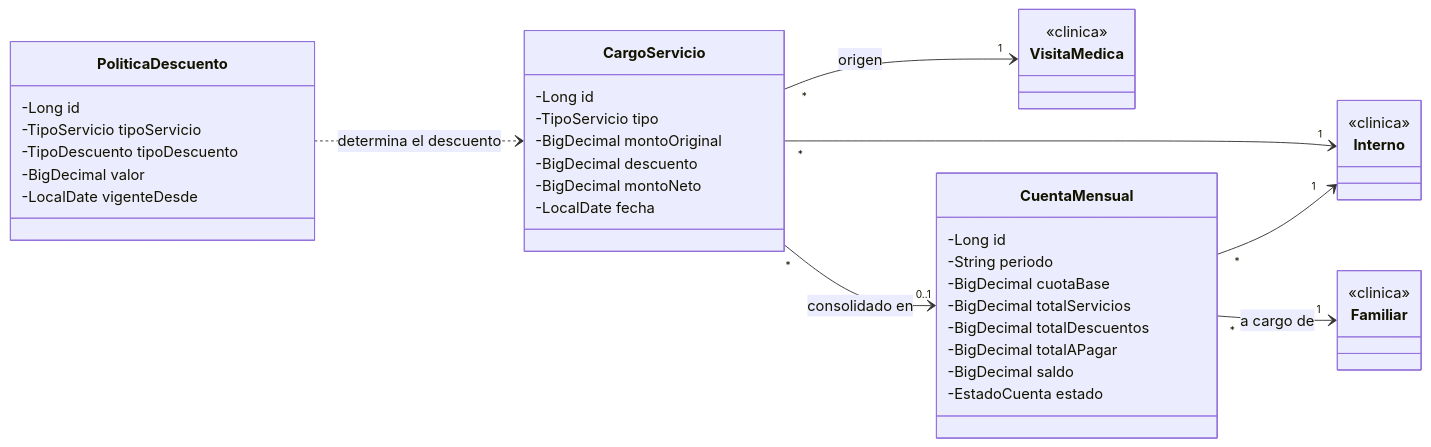
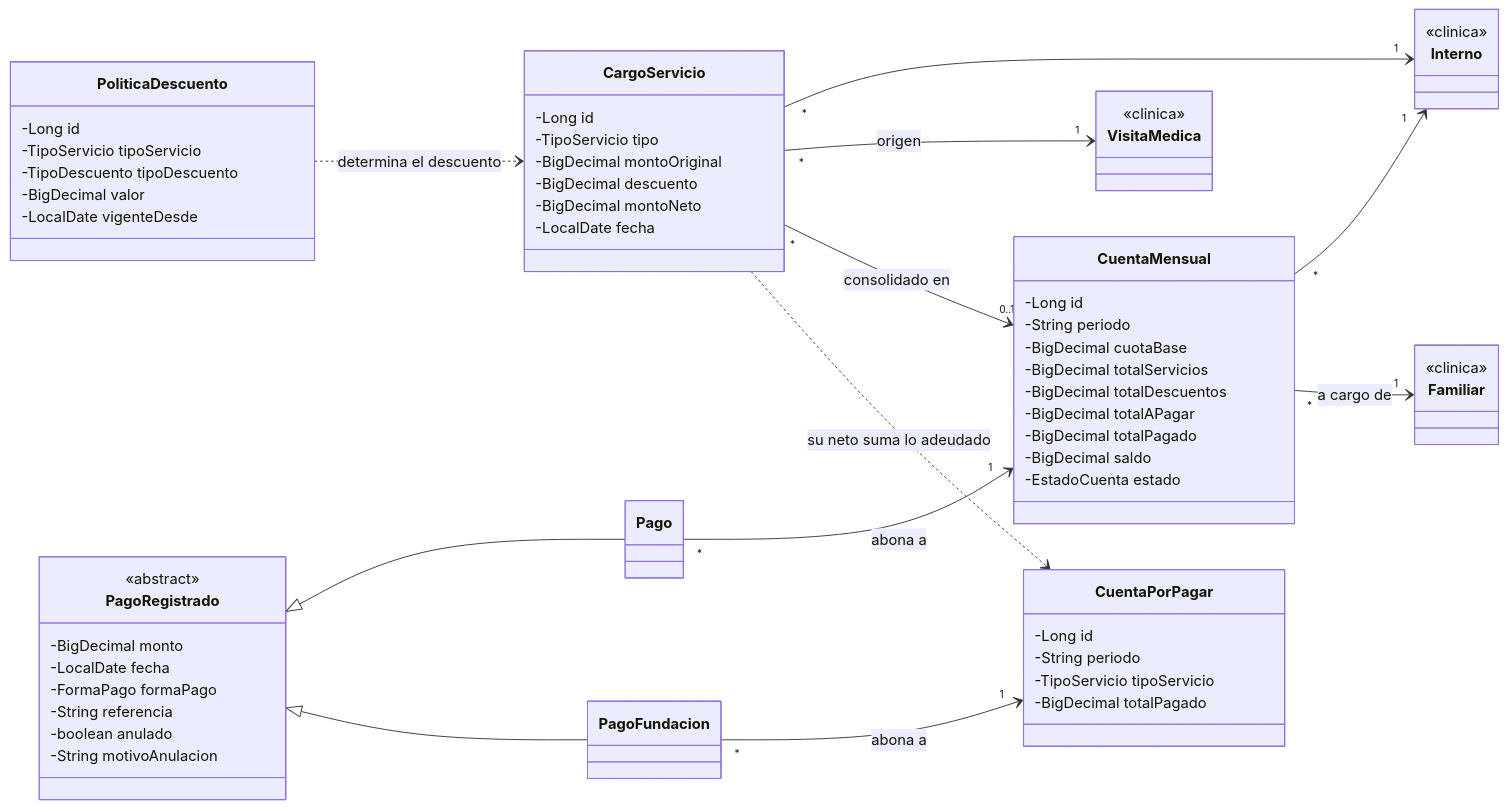
Before and after one commit to Hoakin26/Sistema-Gestion-Asilo: the tenth of 18 diagrams in docs/fase-diseno.md, drawn with Mermaid. The commit also changed other lines of this file and 3 other files, not shown here.

Commit message:
Agrega las pruebas de las cuentas por pagar y documenta HU-20 (YS-141)

````diff
--- a/docs/fase-diseno.md
+++ b/docs/fase-diseno.md
@@ -1070,44 +1070,67 @@
 ```mermaid
 classDiagram
     direction LR
     class Interno {
         <<clinica>>
     }
     class Familiar {
         <<clinica>>
     }
     class VisitaMedica {
         <<clinica>>
     }
     class CargoServicio {
         -Long id
         -TipoServicio tipo
         -BigDecimal montoOriginal
         -BigDecimal descuento
         -BigDecimal montoNeto
         -LocalDate fecha
     }
     class PoliticaDescuento {
         -Long id
         -TipoServicio tipoServicio
         -TipoDescuento tipoDescuento
         -BigDecimal valor
         -LocalDate vigenteDesde
     }
     class CuentaMensual {
         -Long id
         -String periodo
         -BigDecimal cuotaBase
         -BigDecimal totalServicios
         -BigDecimal totalDescuentos
         -BigDecimal totalAPagar
+        -BigDecimal totalPagado
         -BigDecimal saldo
         -EstadoCuenta estado
     }
+    class PagoRegistrado {
+        <<abstract>>
+        -BigDecimal monto
+        -LocalDate fecha
+        -FormaPago formaPago
+        -String referencia
+        -boolean anulado
+        -String motivoAnulacion
+    }
+    class Pago
+    class CuentaPorPagar {
+        -Long id
+        -String periodo
+        -TipoServicio tipoServicio
+        -BigDecimal totalPagado
+    }
+    class PagoFundacion
     CargoServicio "*" --> "1" Interno
     CargoServicio "*" --> "1" VisitaMedica : origen
     CargoServicio "*" --> "0..1" CuentaMensual : consolidado en
     CuentaMensual "*" --> "1" Interno
     CuentaMensual "*" --> "1" Familiar : a cargo de
     PoliticaDescuento ..> CargoServicio : determina el descuento
+    PagoRegistrado <|-- Pago
+    PagoRegistrado <|-- PagoFundacion
+    Pago "*" --> "1" CuentaMensual : abona a
+    PagoFundacion "*" --> "1" CuentaPorPagar : abona a
+    CargoServicio ..> CuentaPorPagar : su neto suma lo adeudado
 ```
````
